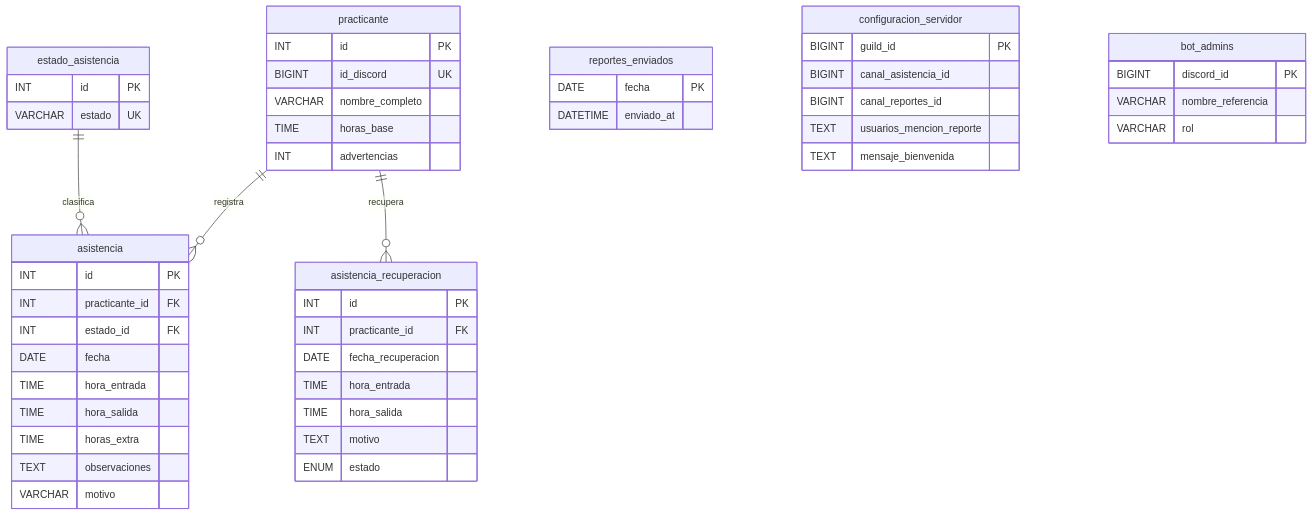
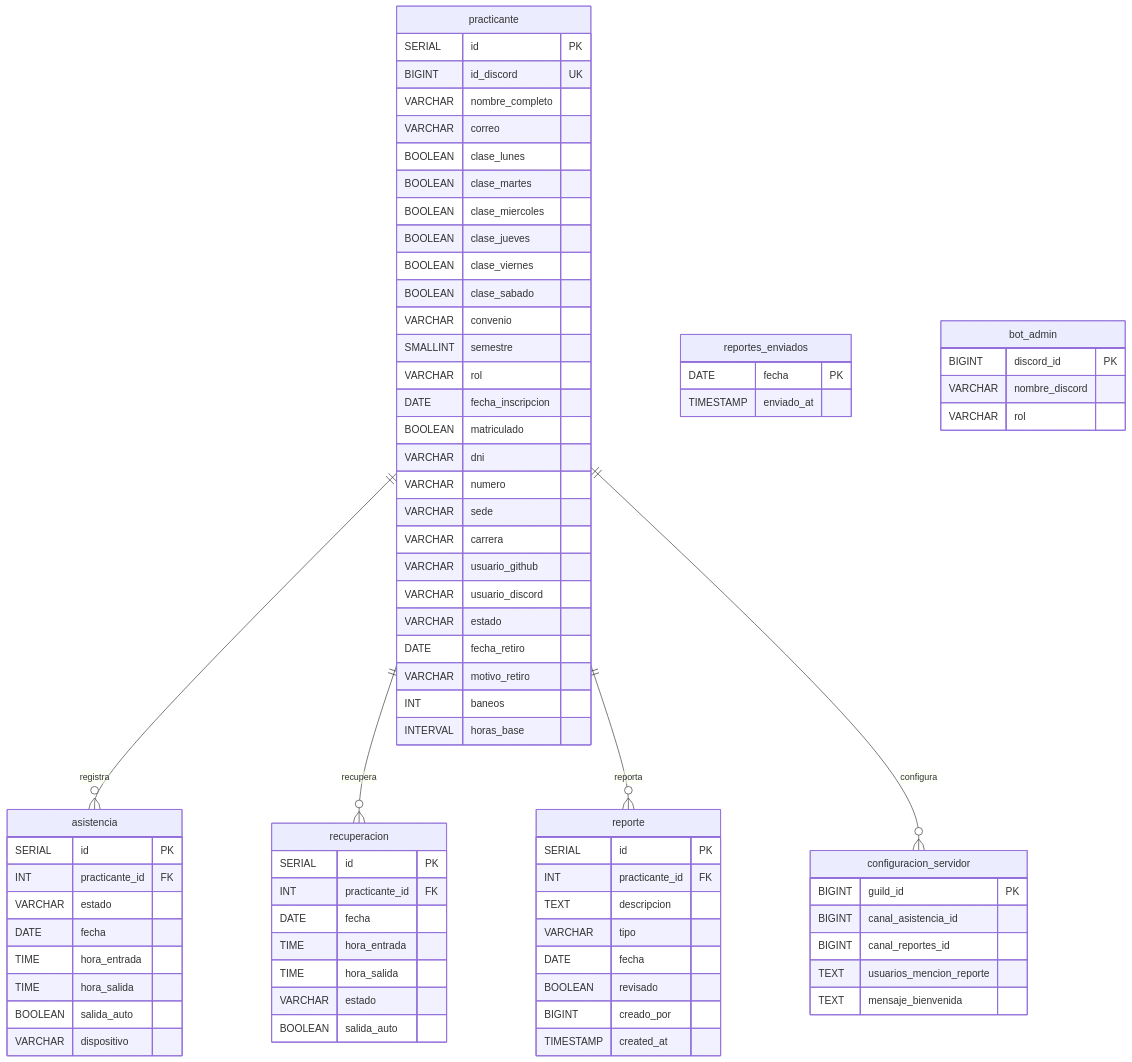
Before and after one commit to ReflexoPeru/Bot-Asistencia-RPsoft: the diagram in docs/DATABASE.md, drawn with Mermaid. The commit also changed other lines of this file and 27 other files, not shown here.

````diff
--- a/docs/DATABASE.md
+++ b/docs/DATABASE.md
@@ -11,47 +11,69 @@
 ```mermaid
 erDiagram
-    practicante ||--o{ asistencia : "registra"
-    practicante ||--o{ asistencia_recuperacion : "recupera"
-    estado_asistencia ||--o{ asistencia : "clasifica"
-    
+    practicante ||--o{ asistencia : registra
+    practicante ||--o{ recuperacion : recupera
+    practicante ||--o{ reporte : reporta
+    practicante ||--o{ configuracion_servidor : configura
+
     practicante {
-        INT id PK
+        SERIAL id PK
         BIGINT id_discord UK
         VARCHAR nombre_completo
-        TIME horas_base
-        INT advertencias
-    }
-
-    estado_asistencia {
-        INT id PK
-        VARCHAR estado UK
+        VARCHAR correo
+        BOOLEAN clase_lunes
+        BOOLEAN clase_martes
+        BOOLEAN clase_miercoles
+        BOOLEAN clase_jueves
+        BOOLEAN clase_viernes
+        BOOLEAN clase_sabado
+        VARCHAR convenio
+        SMALLINT semestre
+        VARCHAR rol
+        DATE fecha_inscripcion
+        BOOLEAN matriculado
+        VARCHAR dni
+        VARCHAR numero
+        VARCHAR sede
+        VARCHAR carrera
+        VARCHAR usuario_github
+        VARCHAR usuario_discord
+        VARCHAR estado
+        DATE fecha_retiro
+        VARCHAR motivo_retiro
+        INT baneos
+        INTERVAL horas_base
     }
 
     asistencia {
-        INT id PK
+        SERIAL id PK
         INT practicante_id FK
-        INT estado_id FK
+        VARCHAR estado
         DATE fecha
         TIME hora_entrada
         TIME hora_salida
-        TIME horas_extra
-        TEXT observaciones
-        VARCHAR motivo
+        BOOLEAN salida_auto
+        VARCHAR dispositivo
     }
 
-    asistencia_recuperacion {
-        INT id PK
+    recuperacion {
+        SERIAL id PK
         INT practicante_id FK
-        DATE fecha_recuperacion
+        DATE fecha
         TIME hora_entrada
         TIME hora_salida
-        TEXT motivo
-        ENUM estado
+        VARCHAR estado
+        BOOLEAN salida_auto
     }
 
-    reportes_enviados {
-        DATE fecha PK
-        DATETIME enviado_at
+    reporte {
+        SERIAL id PK
+        INT practicante_id FK
+        TEXT descripcion
+        VARCHAR tipo
+        DATE fecha
+        BOOLEAN revisado
+        BIGINT creado_por
+        TIMESTAMP created_at
     }
 
     configuracion_servidor {
@@ -62,9 +84,14 @@
         TEXT mensaje_bienvenida
     }
 
-    bot_admins {
+    reportes_enviados {
+        DATE fecha PK
+        TIMESTAMP enviado_at
+    }
+
+    bot_admin {
         BIGINT discord_id PK
-        VARCHAR nombre_referencia
+        VARCHAR nombre_discord
         VARCHAR rol
     }
 ```
````
